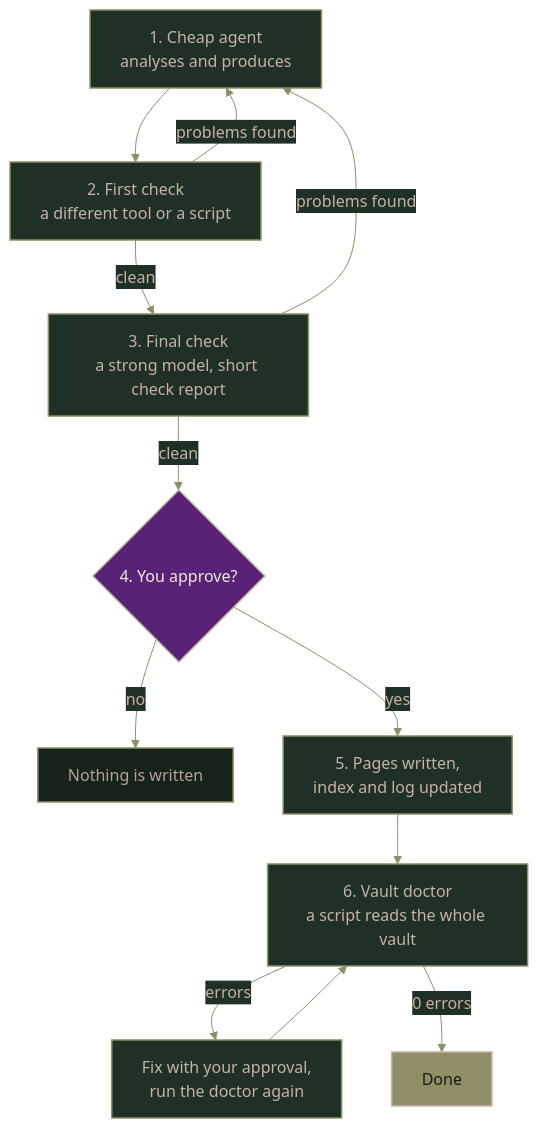
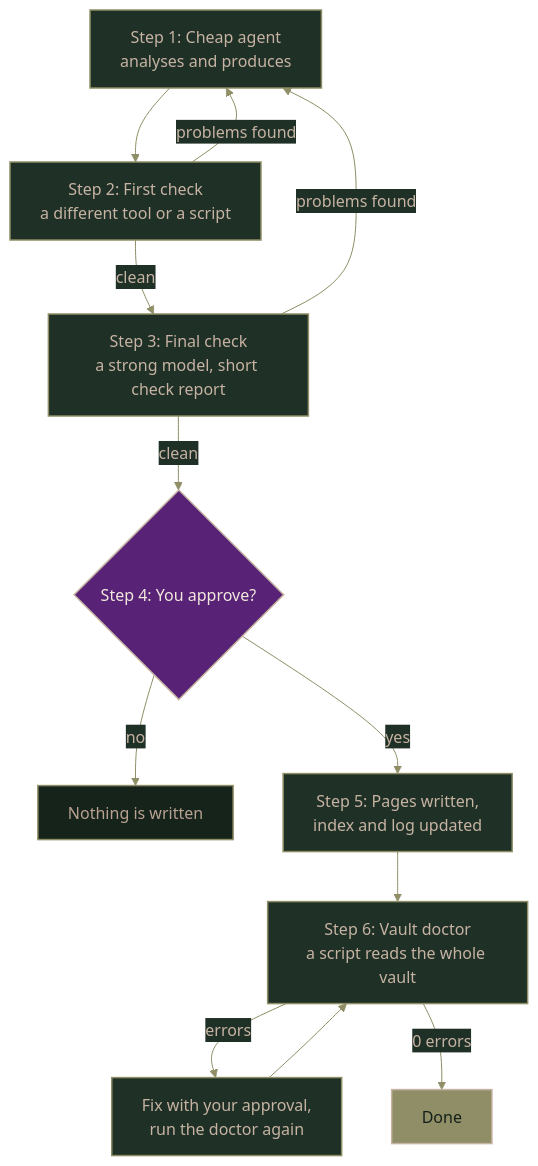
The diagram in docs/14-quality-chain.md (jenny-gecglr/second-brain-from-scratch), drawn with Mermaid before and after one commit. The commit also changed 9 other files, not shown here.

````diff
--- a/docs/14-quality-chain.md
+++ b/docs/14-quality-chain.md
@@ -5,23 +5,23 @@
 ```mermaid
 %%{init: {"theme":"base","themeVariables":{"fontFamily":"Georgia, serif","primaryColor":"#1F3026","primaryTextColor":"#C7B3A3","primaryBorderColor":"#8F8E66","lineColor":"#8F8E66","tertiaryTextColor":"#C7B3A3","edgeLabelBackground":"#1F3026"}}}%%
 flowchart TD
-    A["1. Cheap agent<br/>analyses and produces"] --> B["2. First check<br/>a different tool or a script"]
+    A["Step 1: Cheap agent<br/>analyses and produces"] --> B["Step 2: First check<br/>a different tool or a script"]
     B -- "problems found" --> A
-    B -- "clean" --> C["3. Final check<br/>a strong model, short check report"]
+    B -- "clean" --> C["Step 3: Final check<br/>a strong model, short check report"]
     C -- "problems found" --> A
-    C -- "clean" --> D{"4. You approve?"}
+    C -- "clean" --> D{"Step 4: You approve?"}
     D -- no --> E["Nothing is written"]
-    D -- yes --> F["5. Pages written,<br/>index and log updated"]
-    F --> G["6. Vault doctor<br/>a script reads the whole vault"]
+    D -- yes --> F["Step 5: Pages written,<br/>index and log updated"]
+    F --> G["Step 6: Vault doctor<br/>a script reads the whole vault"]
     G -- "errors" --> H["Fix with your approval,<br/>run the doctor again"]
     H --> G
     G -- "0 errors" --> I["Done"]
     classDef cBase fill:#1F3026,stroke:#8F8E66,color:#C7B3A3,stroke-width:1.5px
     classDef cAsk fill:#582377,stroke:#C7B3A3,color:#F2E8DD,stroke-width:1.5px
     classDef cDone fill:#8F8E66,stroke:#C7B3A3,color:#14201A,stroke-width:1.5px
     classDef cStop fill:#16231B,stroke:#8F8E66,color:#B8A292,stroke-width:1.5px
     class A,B,C,F,G,H cBase
     class D cAsk
     class I cDone
     class E cStop
 ```
````
